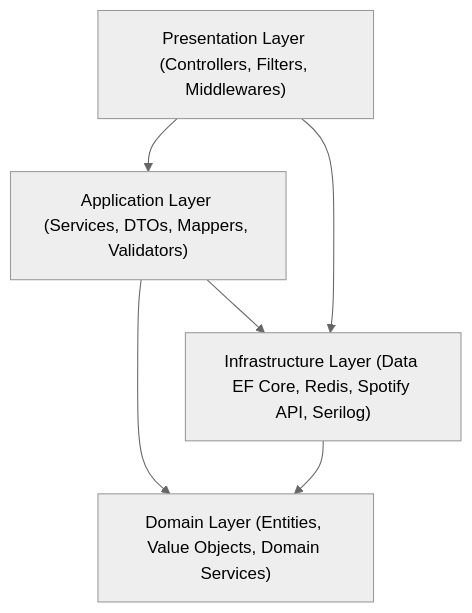
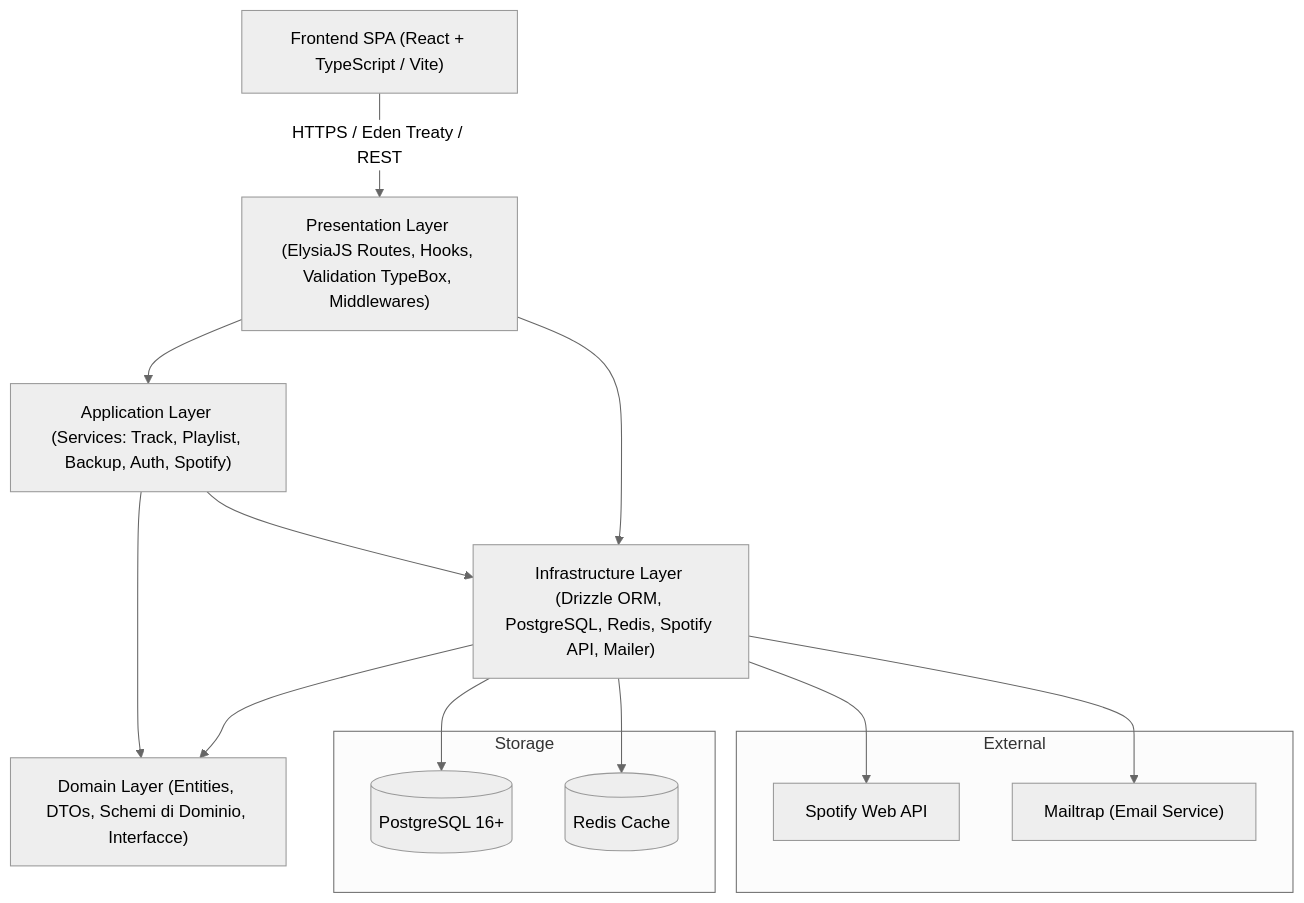
One commit to RubenPari/tracksByPopularity changed the first of 2 diagrams in REQUISITI.md. Above: the diagram before and after it, drawn with Mermaid (neutral theme). The commit also changed other lines of this file, not shown here.

````diff
--- a/REQUISITI.md
+++ b/REQUISITI.md
@@ -19,8 +22,24 @@
 ```mermaid
 graph TD
-    A["Presentation Layer (Controllers, Filters, Middlewares)"] --> B["Application Layer (Services, DTOs, Mappers, Validators)"]
-    B --> C["Domain Layer (Entities, Value Objects, Domain Services)"]
-    A --> D["Infrastructure Layer (Data EF Core, Redis, Spotify API, Serilog)"]
-    B --> D
-    D --> C
+    Client["Frontend SPA (React + TypeScript / Vite)"] -->|"HTTPS / Eden Treaty / REST"| Presentation["Presentation Layer (ElysiaJS Routes, Hooks, Validation TypeBox, Middlewares)"]
+    Presentation --> AppService["Application Layer (Services: Track, Playlist, Backup, Auth, Spotify)"]
+    AppService --> Domain["Domain Layer (Entities, DTOs, Schemi di Dominio, Interfacce)"]
+    AppService --> Infra["Infrastructure Layer (Drizzle ORM, PostgreSQL, Redis, Spotify API, Mailer)"]
+    Infra --> Domain
+    Presentation --> Infra
+    
+    subgraph Storage
+        Postgres[(PostgreSQL 16+)]
+        Redis[(Redis Cache)]
+    end
+    
+    subgraph External
+        SpotifyAPI["Spotify Web API"]
+        Mailtrap["Mailtrap (Email Service)"]
+    end
+    
+    Infra --> Postgres
+    Infra --> Redis
+    Infra --> SpotifyAPI
+    Infra --> Mailtrap
 ```
````
